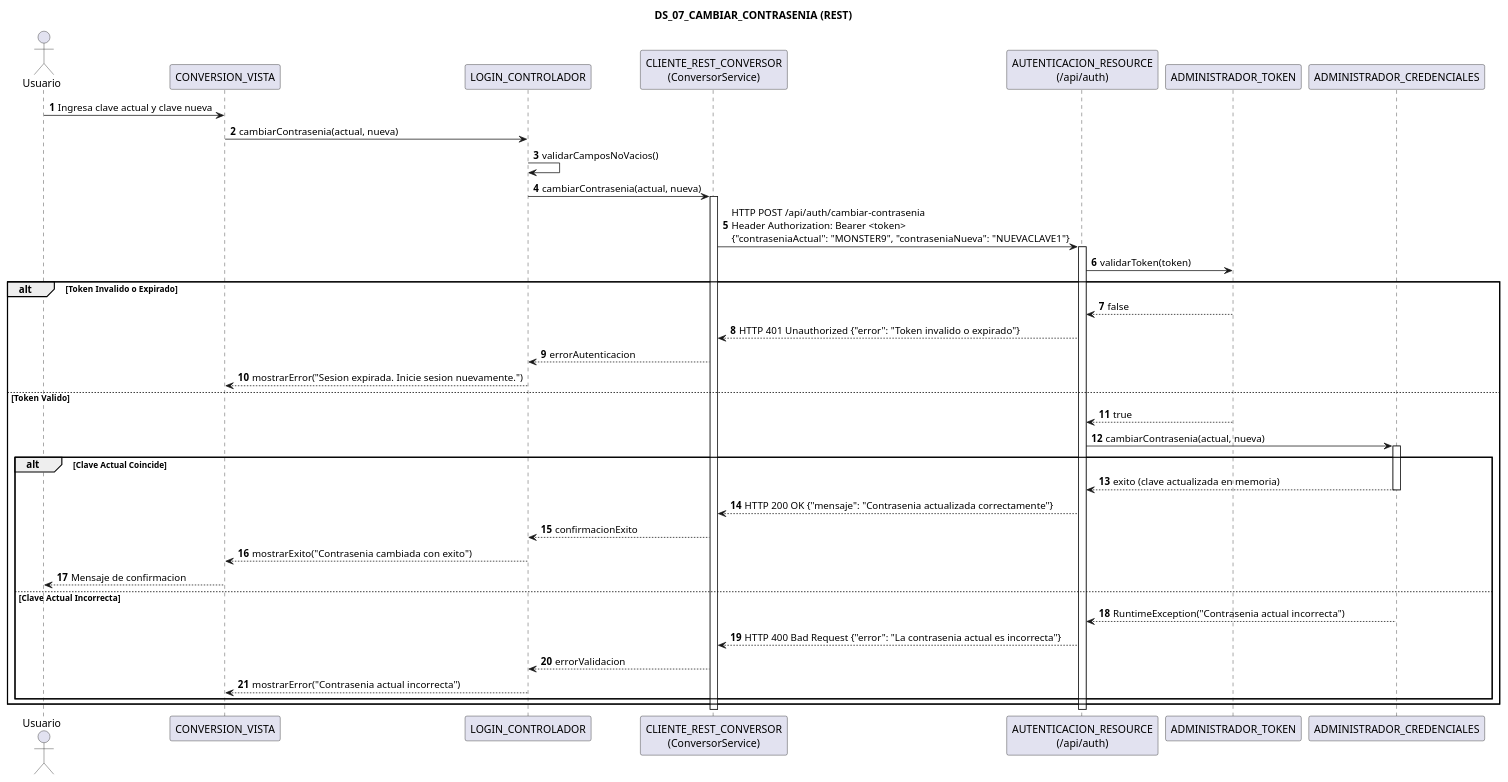
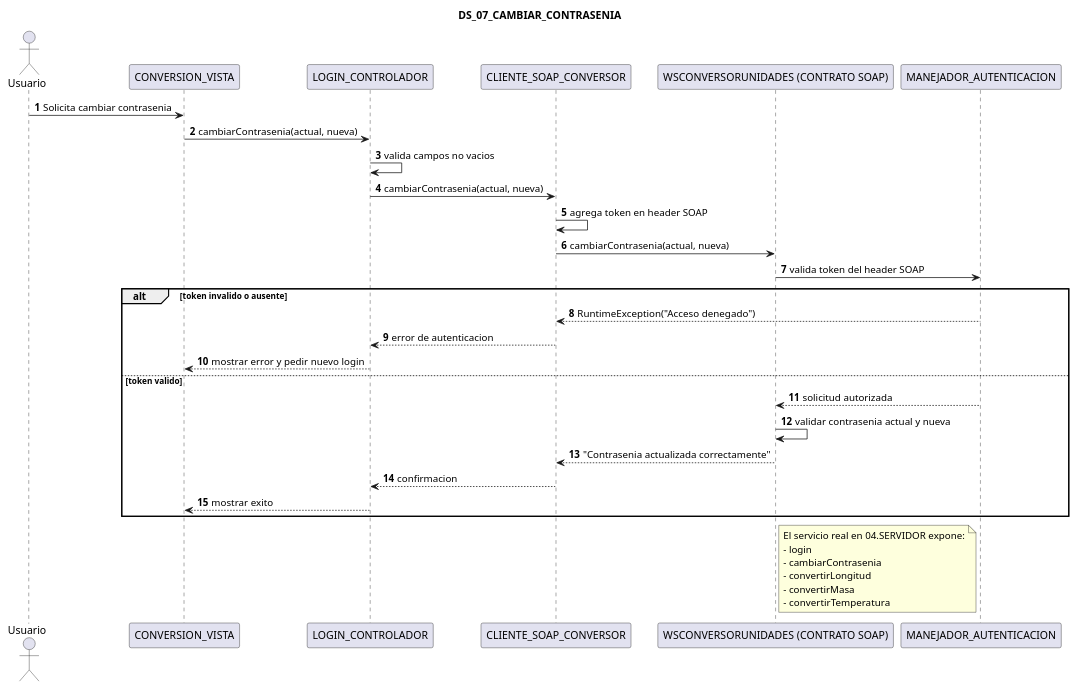
Before and after one commit to LeoNarvaez2503/Grupo4-NRC36884: the diagram in Parcial-I/Grupales/TG.1.4 PAO202651_RESTFUL_DOTNET_CONBDD_NRC36884_GR04/01. UML/03. DIAGRAMAS/03_SECUENCIA/DS_07_CAMBIAR_CONTRASENIA.puml, drawn with PlantUML. The commit also changed other lines of this file and 2118 other files, not shown here.

Commit message:
SOAP JAVA CON BDD

```diff
--- a/Parcial-I/Grupales/TG.1.4 PAO202651_RESTFUL_DOTNET_CONBDD_NRC36884_GR04/01. UML/03. DIAGRAMAS/03_SECUENCIA/DS_07_CAMBIAR_CONTRASENIA.puml
+++ b/Parcial-I/Grupales/TG.1.4 PAO202651_RESTFUL_DOTNET_CONBDD_NRC36884_GR04/01. UML/03. DIAGRAMAS/03_SECUENCIA/DS_07_CAMBIAR_CONTRASENIA.puml
@@ -1,49 +1,42 @@
 @startuml
-title "DS_07_CAMBIAR_CONTRASENIA (REST)"
+title "DS_07_CAMBIAR_CONTRASENIA"
 autonumber
 
 actor "Usuario" as Usuario
-participant "CONVERSION_VISTA" as Vista
-participant "LOGIN_CONTROLADOR" as Controlador
-participant "CLIENTE_REST_CONVERSOR\n(ConversorService)" as ClienteRest
-participant "AUTENTICACION_RESOURCE\n(/api/auth)" as AuthResource
-participant "ADMINISTRADOR_TOKEN" as TokenMgr
-participant "ADMINISTRADOR_CREDENCIALES" as Credenciales
+participant "CONVERSION_VISTA" as ConversionVista
+participant "LOGIN_CONTROLADOR" as LoginControlador
+participant "CLIENTE_SOAP_CONVERSOR" as ClienteSoap
+participant "WSCONVERSORUNIDADES (CONTRATO SOAP)" as Contrato
+participant "MANEJADOR_AUTENTICACION" as ManejadorAutenticacion
 
-Usuario -> Vista: Ingresa clave actual y clave nueva
-Vista -> Controlador: cambiarContrasenia(actual, nueva)
-Controlador -> Controlador: validarCamposNoVacios()
+Usuario -> ConversionVista: Solicita cambiar contrasenia
+ConversionVista -> LoginControlador: cambiarContrasenia(actual, nueva)
+LoginControlador -> LoginControlador: valida campos no vacios
 
-Controlador -> ClienteRest: cambiarContrasenia(actual, nueva)
-activate ClienteRest
+LoginControlador -> ClienteSoap: cambiarContrasenia(actual, nueva)
+ClienteSoap -> ClienteSoap: agrega token en header SOAP
+ClienteSoap -> Contrato: cambiarContrasenia(actual, nueva)
 
-ClienteRest -> AuthResource: HTTP POST /api/auth/cambiar-contrasenia\nHeader Authorization: Bearer <token>\n{"contraseniaActual": "MONSTER9", "contraseniaNueva": "NUEVACLAVE1"}
-activate AuthResource
+Contrato -> ManejadorAutenticacion: valida token del header SOAP
+alt token invalido o ausente
+    ManejadorAutenticacion --> ClienteSoap: RuntimeException("Acceso denegado")
+    ClienteSoap --> LoginControlador: error de autenticacion
+    LoginControlador --> ConversionVista: mostrar error y pedir nuevo login
+else token valido
+    ManejadorAutenticacion --> Contrato: solicitud autorizada
+    Contrato -> Contrato: validar contrasenia actual y nueva
+    Contrato --> ClienteSoap: "Contrasenia actualizada correctamente"
+    ClienteSoap --> LoginControlador: confirmacion
+    LoginControlador --> ConversionVista: mostrar exito
+end
 
-AuthResource -> TokenMgr: validarToken(token)
-alt Token Invalido o Expirado
-    TokenMgr --> AuthResource: false
-    AuthResource --> ClienteRest: HTTP 401 Unauthorized {"error": "Token invalido o expirado"}
-    ClienteRest --> Controlador: errorAutenticacion
-    Controlador --> Vista: mostrarError("Sesion expirada. Inicie sesion nuevamente.")
-else Token Valido
-    TokenMgr --> AuthResource: true
-    AuthResource -> Credenciales: cambiarContrasenia(actual, nueva)
-    activate Credenciales
-    alt Clave Actual Coincide
-        Credenciales --> AuthResource: exito (clave actualizada en memoria)
-        deactivate Credenciales
-        AuthResource --> ClienteRest: HTTP 200 OK {"mensaje": "Contrasenia actualizada correctamente"}
-        ClienteRest --> Controlador: confirmacionExito
-        Controlador --> Vista: mostrarExito("Contrasenia cambiada con exito")
-        Vista --> Usuario: Mensaje de confirmacion
-    else Clave Actual Incorrecta
-        Credenciales --> AuthResource: RuntimeException("Contrasenia actual incorrecta")
-        AuthResource --> ClienteRest: HTTP 400 Bad Request {"error": "La contrasenia actual es incorrecta"}
-        ClienteRest --> Controlador: errorValidacion
-        Controlador --> Vista: mostrarError("Contrasenia actual incorrecta")
-    end
-end
-deactivate AuthResource
-deactivate ClienteRest
+note right of Contrato
+El servicio real en 04.SERVIDOR expone:
+- login
+- cambiarContrasenia
+- convertirLongitud
+- convertirMasa
+- convertirTemperatura
+end note
+
 @enduml
```
